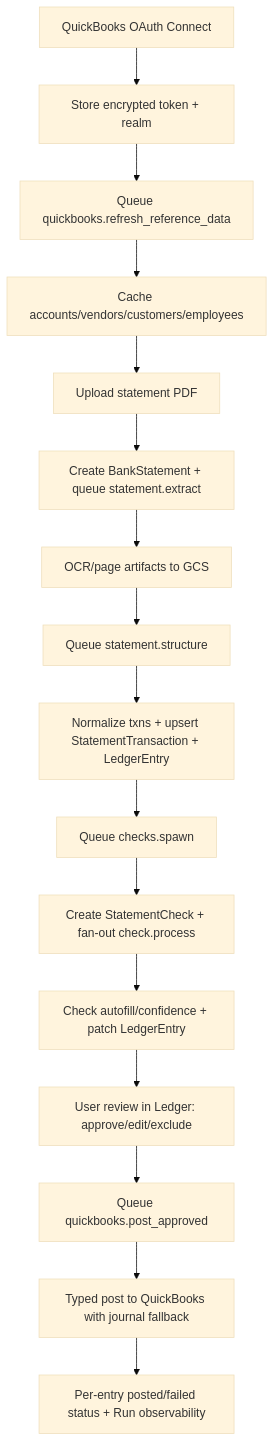
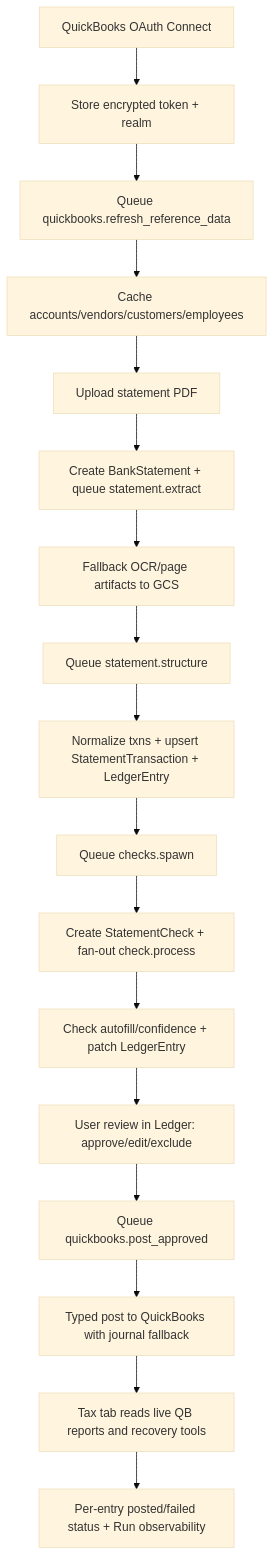
The diagram in docs/accounting/README.md (comp596-spring-2026/RetailSync), drawn with Mermaid (base theme) before and after one commit. The commit also changed other lines of this file and 47 other files, not shown here.

````diff
--- a/docs/accounting/README.md
+++ b/docs/accounting/README.md
@@ -18,18 +19,19 @@
 ```mermaid
 flowchart TD
   A["QuickBooks OAuth Connect"] --> B["Store encrypted token + realm"]
   B --> C["Queue quickbooks.refresh_reference_data"]
   C --> D["Cache accounts/vendors/customers/employees"]
   D --> E["Upload statement PDF"]
   E --> F["Create BankStatement + queue statement.extract"]
-  F --> G["OCR/page artifacts to GCS"]
+  F --> G["Fallback OCR/page artifacts to GCS"]
   G --> H["Queue statement.structure"]
   H --> I["Normalize txns + upsert StatementTransaction + LedgerEntry"]
   I --> J["Queue checks.spawn"]
   J --> K["Create StatementCheck + fan-out check.process"]
   K --> L["Check autofill/confidence + patch LedgerEntry"]
   L --> M["User review in Ledger: approve/edit/exclude"]
   M --> N["Queue quickbooks.post_approved"]
   N --> O["Typed post to QuickBooks with journal fallback"]
-  O --> P["Per-entry posted/failed status + Run observability"]
+  O --> P["Tax tab reads live QB reports and recovery tools"]
+  P --> Q["Per-entry posted/failed status + Run observability"]
 ```
````
